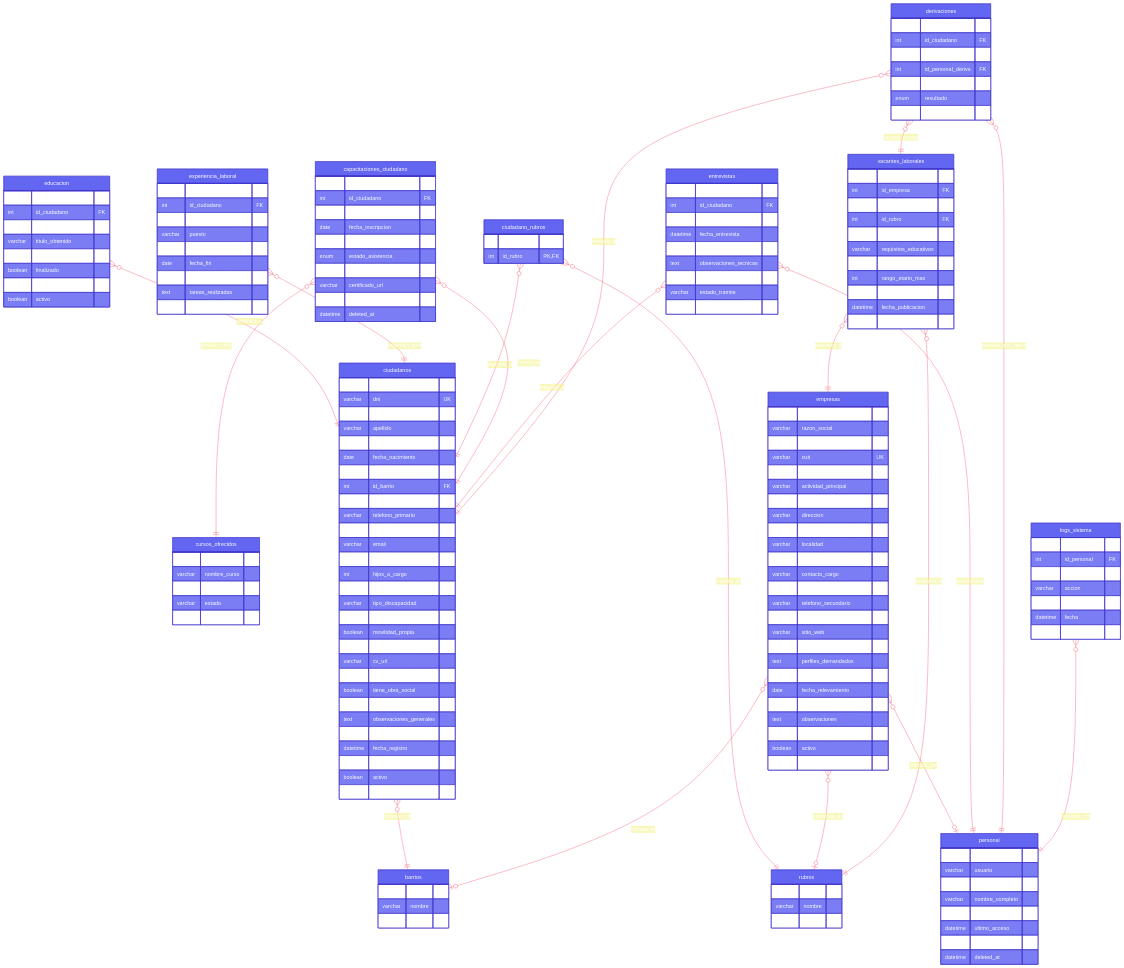
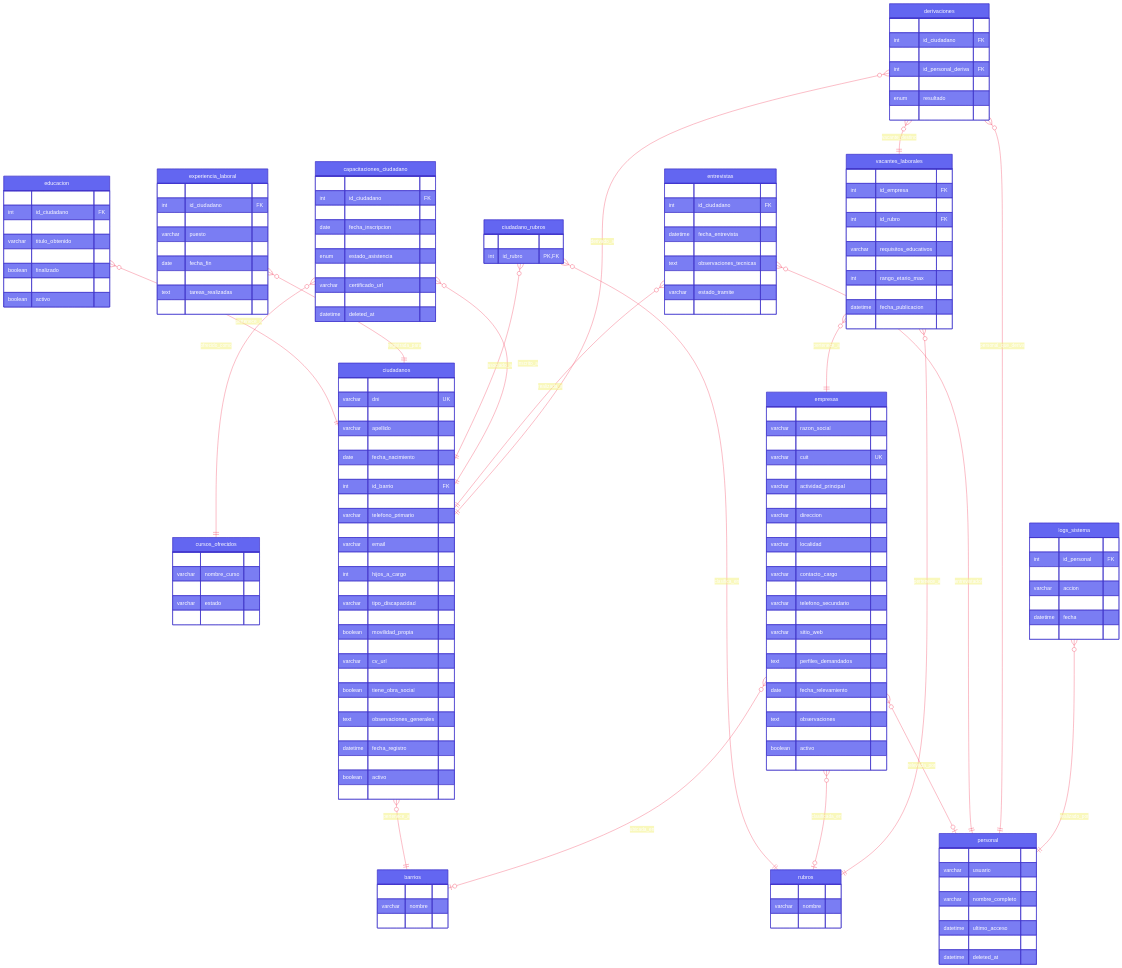
One commit to ea00d009/Bolsa-de-Trabajo-Municipalidad-San-Jose changed the second of 2 diagrams in README.md. Above: the diagram before and after it, drawn with Mermaid. The commit also changed other lines of this file, not shown here.

```diff
--- a/README.md
+++ b/README.md
@@ -226,7 +273,7 @@
     experiencia_laboral }o--|| ciudadanos : "registrada_para"
     ciudadano_rubros }o--|| ciudadanos : "asociado_a"
     ciudadano_rubros }o--|| rubros : "clasifica_en"
-    capacitaciones_ciudadano }o--|| ciudadanos : "inscrito_en"
+    capacitaciones_ciudadano }o--|| ciudadanos : "inscrito_a"
     capacitaciones_ciudadano }o--|| cursos_ofrecidos : "ofrecido_como"
     vacantes_laborales }o--|| empresas : "pertenece_a"
     empresas }o--o| rubros : "clasificada_en"
```
